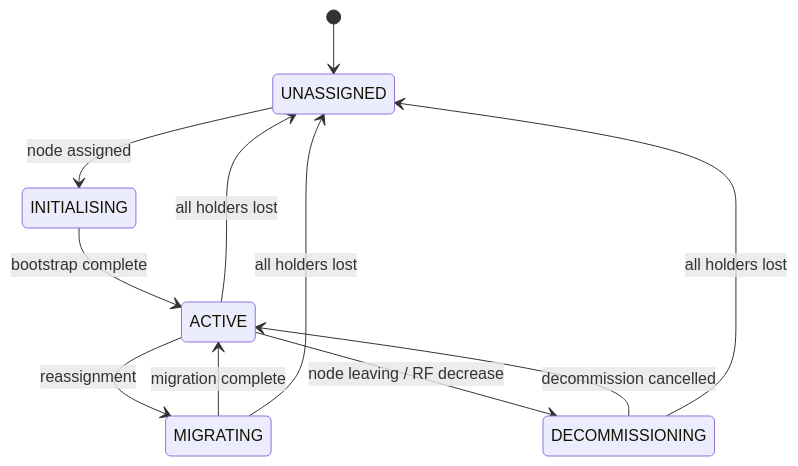
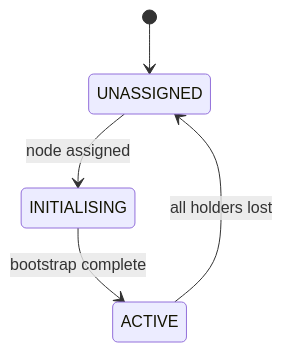
One commit to assetcorp/narsil changed the first of 2 diagrams in packages/spec/distribution/cluster.md. Above: the diagram before and after it, drawn with Mermaid. The commit also changed other lines of this file and 2 other files, not shown here.

Commit message:
docs(spec): keep the old copy through a move, drain a leaving node, change the replication factor through the controller, and refuse another major version

````diff
--- a/packages/spec/distribution/cluster.md
+++ b/packages/spec/distribution/cluster.md
@@ -349,13 +372,7 @@
 ```mermaid
 stateDiagram-v2
     [*] --> UNASSIGNED
     UNASSIGNED --> INITIALISING : node assigned
     INITIALISING --> ACTIVE : bootstrap complete
-    ACTIVE --> MIGRATING : reassignment
-    MIGRATING --> ACTIVE : migration complete
-    ACTIVE --> DECOMMISSIONING : node leaving / RF decrease
-    DECOMMISSIONING --> ACTIVE : decommission cancelled
-    MIGRATING --> UNASSIGNED : all holders lost
     ACTIVE --> UNASSIGNED : all holders lost
-    DECOMMISSIONING --> UNASSIGNED : all holders lost
 ```
````
